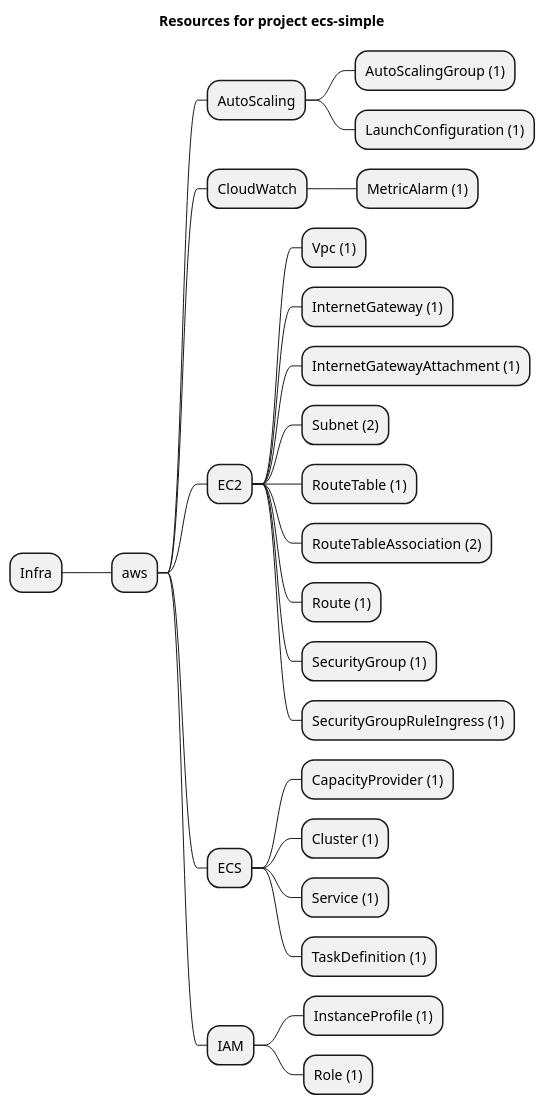
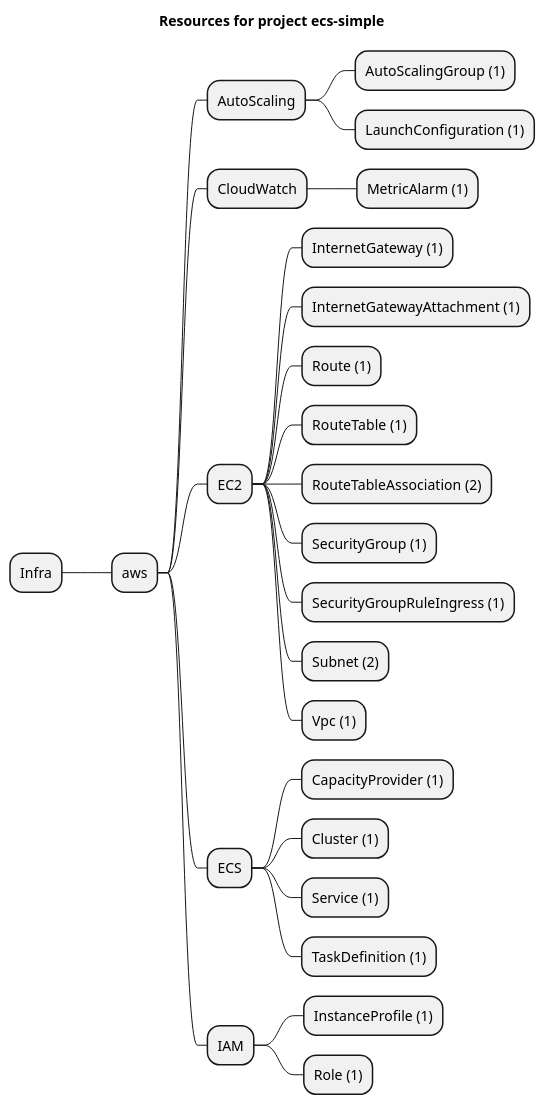
The diagram in examples/aws/ECS/ecs-simple/artifacts/resources-mindmap.puml (grucloud/grucloud), drawn with PlantUML before and after one commit. The commit also changed other lines of this file and 20 other files, not shown here.

```diff
--- a/examples/aws/ECS/ecs-simple/artifacts/resources-mindmap.puml
+++ b/examples/aws/ECS/ecs-simple/artifacts/resources-mindmap.puml
@@ -1,29 +1,29 @@
 @startmindmap
 title Resources for project ecs-simple
 skinparam monochrome true
 + Infra
 ++ aws
 +++ AutoScaling
 ++++ AutoScalingGroup (1)
 ++++ LaunchConfiguration (1)
 +++ CloudWatch
 ++++ MetricAlarm (1)
 +++ EC2
-++++ Vpc (1)
 ++++ InternetGateway (1)
 ++++ InternetGatewayAttachment (1)
-++++ Subnet (2)
+++++ Route (1)
 ++++ RouteTable (1)
 ++++ RouteTableAssociation (2)
-++++ Route (1)
 ++++ SecurityGroup (1)
 ++++ SecurityGroupRuleIngress (1)
+++++ Subnet (2)
+++++ Vpc (1)
 +++ ECS
 ++++ CapacityProvider (1)
 ++++ Cluster (1)
 ++++ Service (1)
 ++++ TaskDefinition (1)
 +++ IAM
 ++++ InstanceProfile (1)
 ++++ Role (1)
 @endmindmap
```
